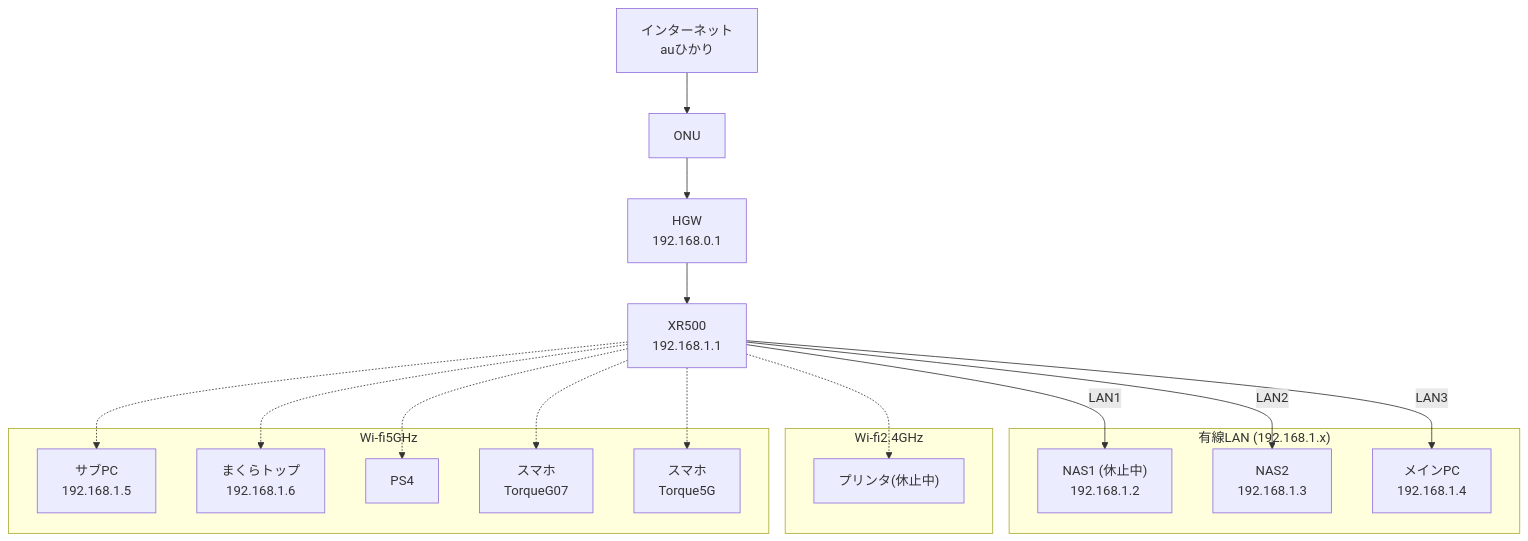
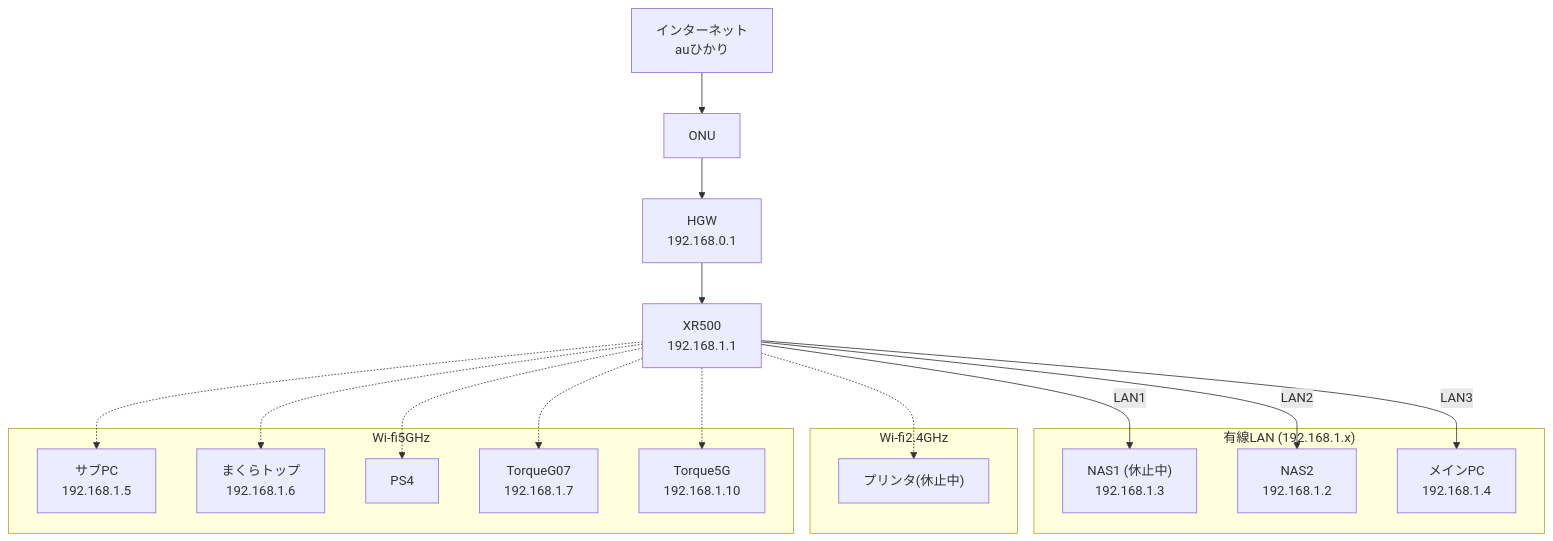
Before and after one commit to bintatu/Obsidian-Version: the diagram in TM-NETWORK管理図/TM-NETWORK Mermaid図.md, drawn with Mermaid. The commit also changed 2 other files, not shown here.

Commit message:
vault backup: 2026-09-22 19:24:18

````diff
--- a/TM-NETWORK管理図/TM-NETWORK Mermaid図.md
+++ b/TM-NETWORK管理図/TM-NETWORK Mermaid図.md
@@ -2,40 +2,40 @@
 ```mermaid
 graph TD
     Internet[インターネット<br/>auひかり]
     ONU[ONU]
     HGW[HGW<br/>192.168.0.1]
     XR500[XR500<br/>192.168.1.1]
 
 	Internet --> ONU --> HGW --> XR500
  
 	subgraph 有線LAN["有線LAN (192.168.1.x)"]
-	 NAS1["NAS1 (休止中)<br/>192.168.1.2"]
-	 NAS2["NAS2<br/>192.168.1.3"]
+	 NAS1["NAS1 (休止中)<br/>192.168.1.3"]
+	 NAS2["NAS2<br/>192.168.1.2"]
 	 PC["メインPC<br/>192.168.1.4"]
   end 
   
 	subgraph Wi-Fi2.4GHz["Wi-fi2.4GHz"]
 	 Printer["プリンタ(休止中)"]
   end  
 
 	subgraph Wi-Fi5GHz["Wi-fi5GHz"]
 	 sub["サブPC<br/>192.168.1.5"]
 	 Makura["まくらトップ<br/>192.168.1.6"]
 	 PS4[PS4]
-	 Phone1[スマホ<br/>TorqueG07]
-	 Phone2[スマホ<br/>Torque5G]
+	 Phone1["TorqueG07<br/>192.168.1.7"]
+	 Phone2["Torque5G<br/>192.168.1.10"]
   end
 	
 	 XR500 -->|LAN1| NAS1
 	 XR500 -->|LAN2| NAS2
 	 XR500 -->|LAN3| PC
 	 
 	 XR500 -.-> Printer
 	 
 	 XR500 -.-> sub
 	 XR500 -.-> Makura
 	 XR500 -.-> PS4
 	 XR500 -.-> Phone1
 	 XR500 -.-> Phone2
 	 
  ``` 
````
